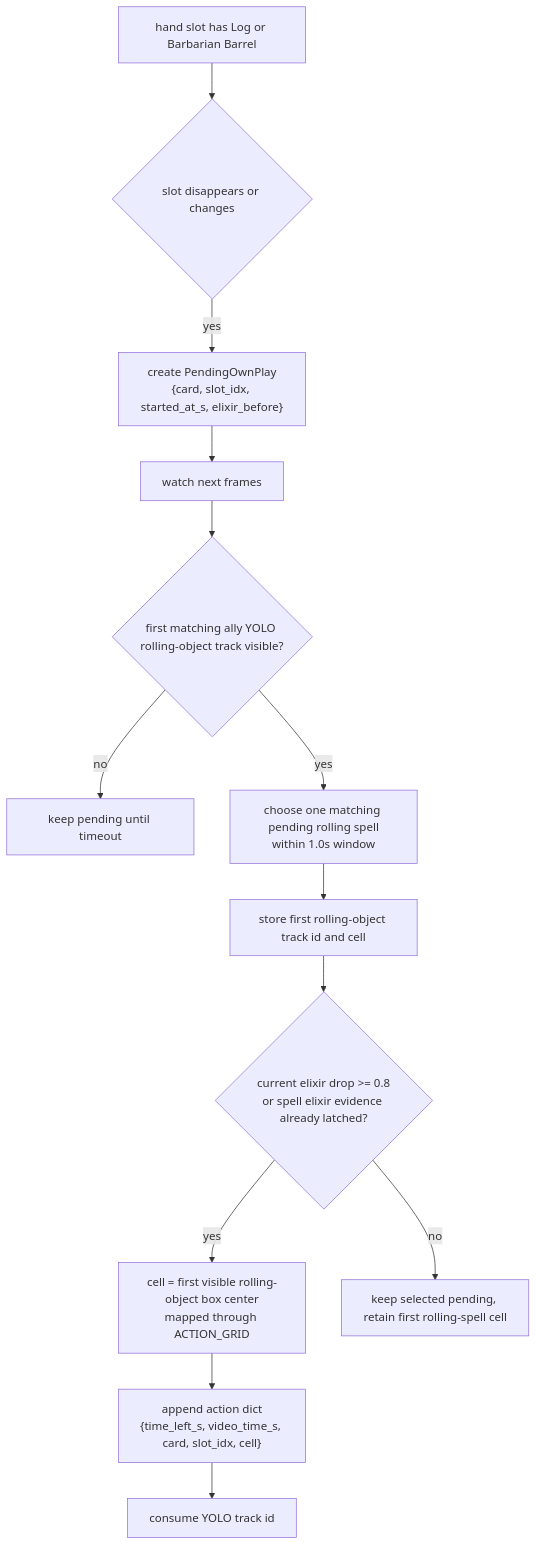
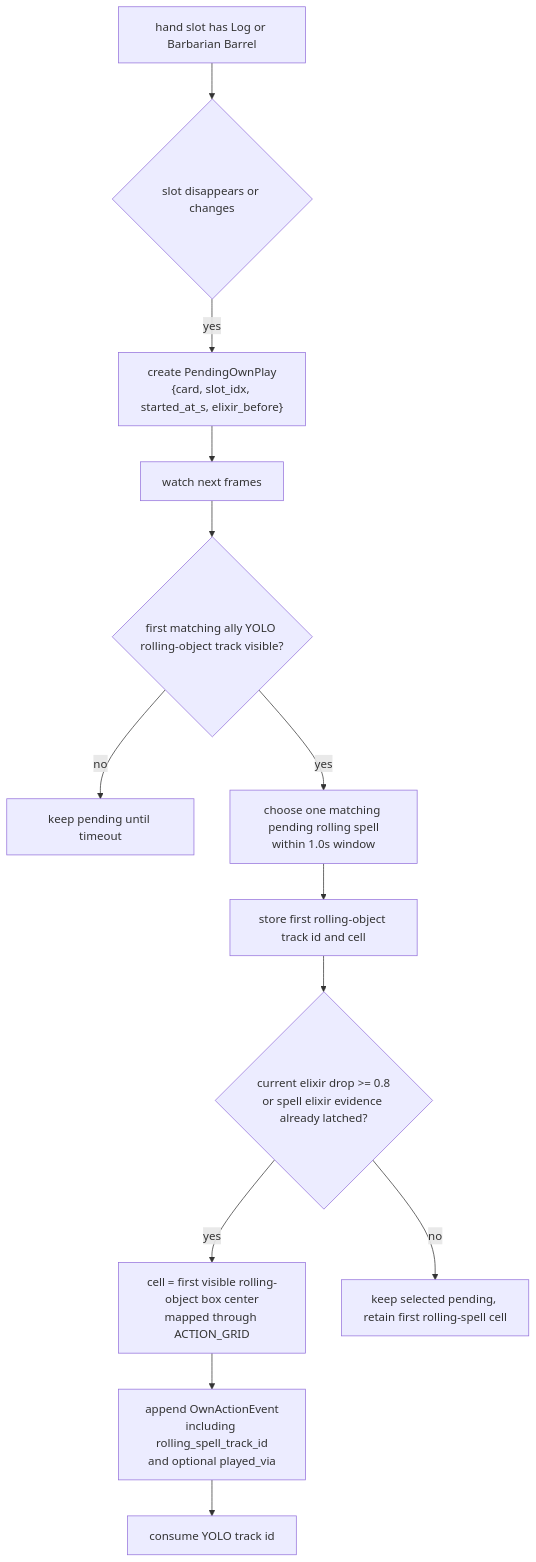
Before and after one commit to Keschler/cr-bot: the sixth of 19 diagrams in docs/flowcharts.md, drawn with Mermaid. The commit also changed other lines of this file, not shown here.

````diff
--- a/docs/flowcharts.md
+++ b/docs/flowcharts.md
@@ -245,15 +252,15 @@
 ```mermaid
 flowchart TD
     A["hand slot has Log or Barbarian Barrel"] --> B{"slot disappears or changes"}
     B -->|"yes"| C["create PendingOwnPlay<br/>{card, slot_idx, started_at_s, elixir_before}"]
     C --> D["watch next frames"]
     D --> E{"first matching ally YOLO rolling-object track visible?"}
     E -->|"no"| F["keep pending until timeout"]
     E -->|"yes"| G["choose one matching pending rolling spell<br/>within 1.0s window"]
     G --> H["store first rolling-object track id and cell"]
     H --> I{"current elixir drop >= 0.8<br/>or spell elixir evidence already latched?"}
     I -->|"yes"| J["cell = first visible rolling-object box center<br/>mapped through ACTION_GRID"]
-    J --> K["append action dict<br/>{time_left_s, video_time_s, card, slot_idx, cell}"]
+    J --> K["append OwnActionEvent<br/>including rolling_spell_track_id<br/>and optional played_via"]
     K --> L["consume YOLO track id"]
     I -->|"no"| M["keep selected pending, retain first rolling-spell cell"]
 ```
````
